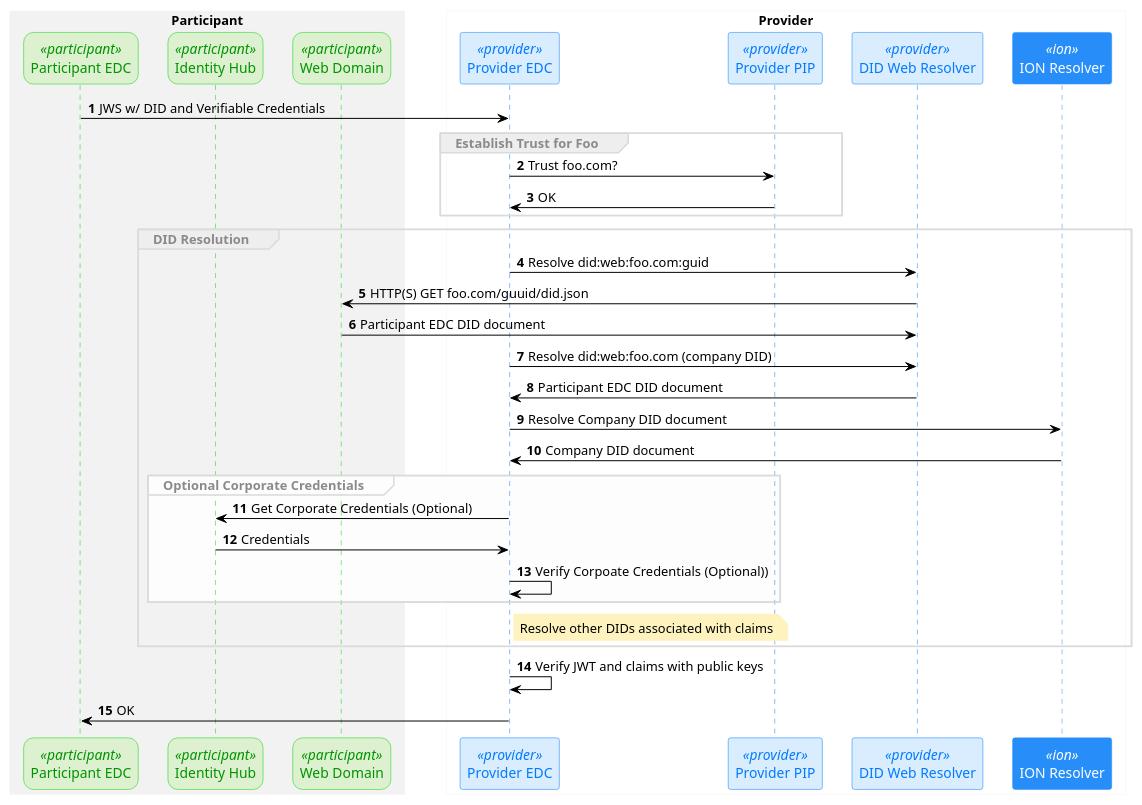
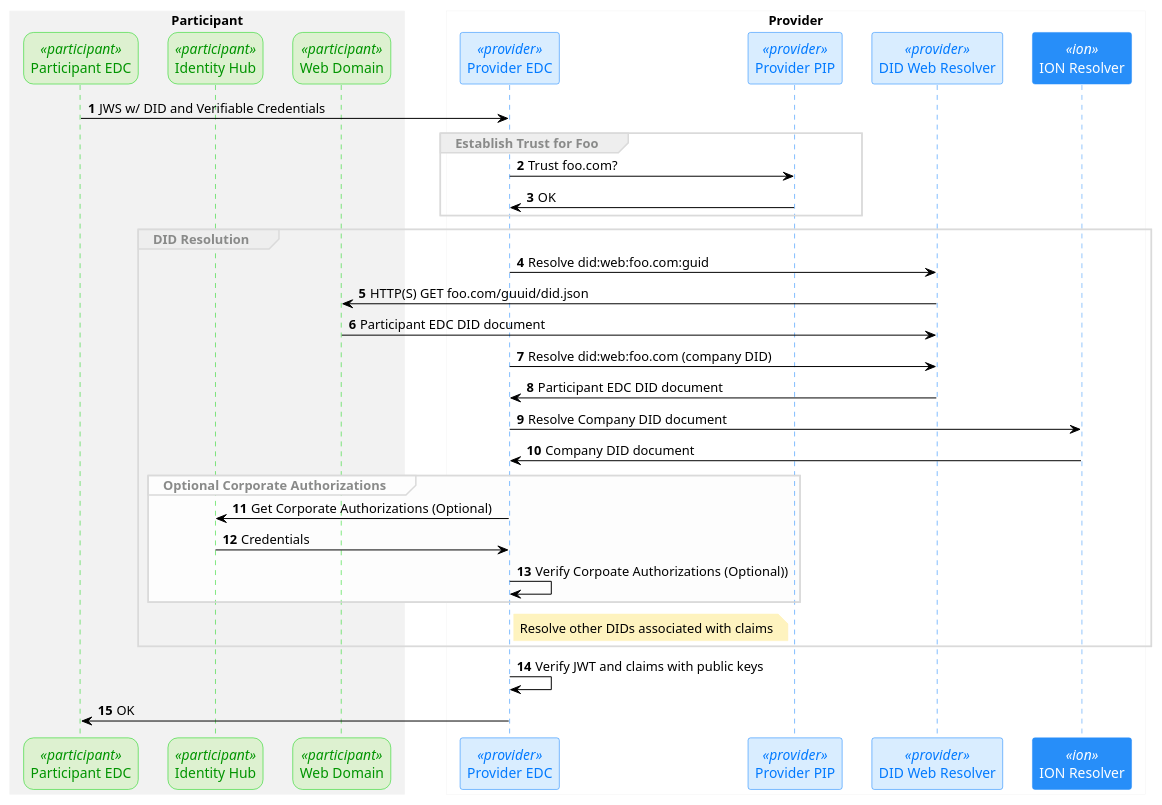
One commit to Metaform/didweb changed the diagram in did.resolution.hybrid.ion.puml. Above: the diagram before and after it, drawn with PlantUML. The commit also changed 4 other files, not shown here.

```diff
--- a/did.resolution.hybrid.ion.puml
+++ b/did.resolution.hybrid.ion.puml
@@ -1,109 +1,109 @@
 @startuml
 
 <style>
     sequenceDiagram {
      .participant {
       FontColor 009400
       roundcorner 20
 '      LineColor #52A0DC
       BackgroundColor #DDF1D0
       LineColor #00D200
      }
      .provider {
       FontColor #027AFF
       BackgroundColor #d9edff
       LineColor #027AFF
      }
      .ion {
       FontColor #FFFFFF
       BackgroundColor #278EF9
       LineColor #278EF9
      }
      .gaiax {
       FontColor #000000
       BackgroundColor #F2F2F2
       LineColor #000000
      }
      .note {
       FontColor #000000
       BackgroundColor #FFF3B8
       LineColor #FFF347
      }
 
 
     }
 }
 </style>
 
 skinparam sequence {
 ArrowColor Black
 LifeLineBorderColor 000000
 LifeLineBackgroundColor #A9DCDF
 
 skinparam AgentBackgroundColor White
 skinparam AgentBorderColor SkyBlue
 }
 
 skinparam SequenceGroupBorderColor #DADADA
 skinparam SequenceGroupHeaderFontColor #898A89
 skinparam BoxPadding 20
 skinparam ParticipantPadding 10
 
 skinparam AgentBackgroundColor White
 skinparam AgentBorderColor SkyBlue
 skinparam noteBorderColor FEF3BF
 skinparam SequenceBoxBorderColor F2F2F2
 skinparam shadowing false
 
 autonumber
 
 box "Participant" #F2F2F2
 participant ParticipantEDC as "Participant EDC" <<participant>>
 participant ParticipantHub as "Identity Hub" <<participant>>
 participant ParticipantDomain as "Web Domain" <<participant>>
 end box
 
 box "Provider" #FFFFFF
 participant ProviderEDC as "Provider EDC" <<provider>>
 participant ProviderPIP as "Provider PIP" <<provider>>
 participant DIDResolver as "DID Web Resolver" <<provider>>
 participant IONResolver as "ION Resolver" <<ion>>
 end box
 
 
 
 'box "GAIA-X" #FDFDFD
 'participant GaiaXRegistry as "GAIA-X Registry" <<gaiax>>
 'end box
 
 ParticipantEDC -> ProviderEDC : JWS w/ DID and Verifiable Credentials
 
 group Establish Trust for Foo
 ProviderEDC -> ProviderPIP: Trust foo.com?
 ProviderPIP -> ProviderEDC: OK
 end
 
 group DID Resolution
 ProviderEDC -> DIDResolver: Resolve did:web:foo.com:guid
 DIDResolver ->  ParticipantDomain: HTTP(S) GET foo.com/guuid/did.json
 ParticipantDomain -> DIDResolver: Participant EDC DID document
 ProviderEDC -> DIDResolver: Resolve did:web:foo.com (company DID)
 DIDResolver -> ProviderEDC: Participant EDC DID document
 ProviderEDC -> IONResolver: Resolve Company DID document
 IONResolver -> ProviderEDC: Company DID document
 
-group#FDFDFD #FDFDFD Optional Corporate Credentials
-ProviderEDC ->  ParticipantHub: Get Corporate Credentials (Optional)
+group#FDFDFD #FDFDFD Optional Corporate Authorizations
+ProviderEDC ->  ParticipantHub: Get Corporate Authorizations (Optional)
 ParticipantHub ->  ProviderEDC: Credentials
-ProviderEDC->ProviderEDC: Verify Corpoate Credentials (Optional))
+ProviderEDC->ProviderEDC: Verify Corpoate Authorizations (Optional))
 end
 
 note right of ProviderEDC #FEF3BF
  Resolve other DIDs associated with claims
 end note
 end
 
 ProviderEDC -> ProviderEDC: Verify JWT and claims with public keys
 
 ProviderEDC->  ParticipantEDC: OK
 @enduml
```
